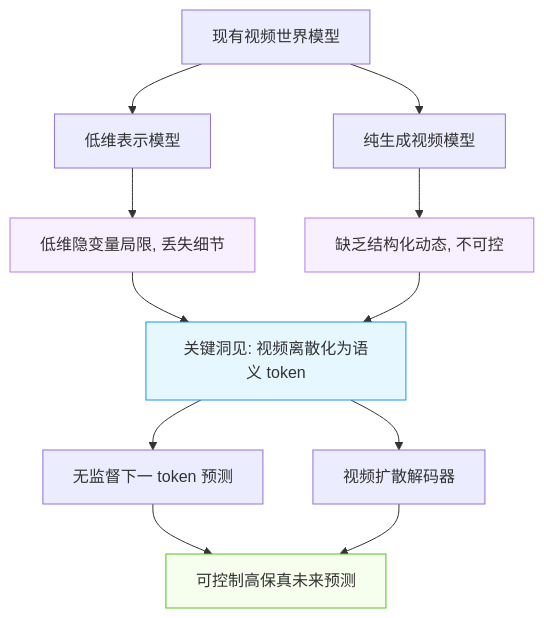
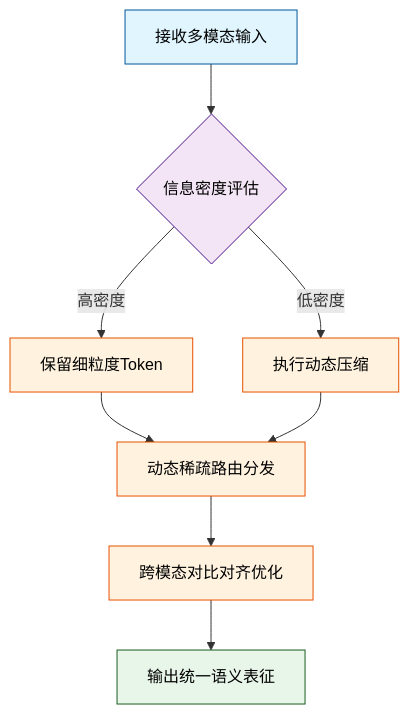
Before and after one commit to ShinewineW/paper-rolling: the second of 10 diagrams in person_vault/2026-06-08_GAIA1_2309.17080/report.md, drawn with Mermaid. The commit also changed other lines of this file and 300 other files, not shown here.

````diff
--- a/person_vault/2026-06-08_GAIA1_2309.17080/report.md
+++ b/person_vault/2026-06-08_GAIA1_2309.17080/report.md
@@ -37,25 +85,15 @@
 ```mermaid
-graph TB
-  classDef issue fill:#f9f0ff,color:#333,stroke:#b37feb
-  classDef insight fill:#e6f7ff,color:#333,stroke:#1890ff
-  classDef output fill:#f6ffed,color:#333,stroke:#52c41a
+flowchart TB
+    classDef input fill:#e1f5fe,stroke:#01579b,color:#000;
+    classDef process fill:#fff3e0,stroke:#e65100,color:#000;
+    classDef output fill:#e8f5e9,stroke:#1b5e20,color:#000;
+    classDef decision fill:#f3e5f5,stroke:#4a148c,color:#000;
 
-  existing_methods["现有视频世界模型"] --> low_dim["低维表示模型"]
-  existing_methods --> vid_gen["纯生成视频模型"]
-
-  low_dim --> low_dim_issue["低维隐变量局限, 丢失细节"]
-  vid_gen --> vid_gen_issue["缺乏结构化动态, 不可控"]
-
-  low_dim_issue --> key_insight["关键洞见: 视频离散化为语义 token"]
-  vid_gen_issue --> key_insight
-
-  key_insight --> next_token["无监督下一 token 预测"]
-  key_insight --> diffusion_dec["视频扩散解码器"]
-
-  next_token --> unified_output["可控制高保真未来预测"]
-  diffusion_dec --> unified_output
-
-  class low_dim_issue,vid_gen_issue issue
-  class key_insight insight
-  class unified_output output
+    raw_input["接收多模态输入"]:::input --> router_check{信息密度评估}:::decision
+    router_check -->|高密度| dense_path["保留细粒度Token"]:::process
+    router_check -->|低密度| sparse_path["执行动态压缩"]:::process
+    dense_path --> expert_routing["动态稀疏路由分发"]:::process
+    sparse_path --> expert_routing
+    expert_routing --> contrast_align["跨模态对比对齐优化"]:::process
+    contrast_align --> final_repr["输出统一语义表征"]:::output
 ```
````
